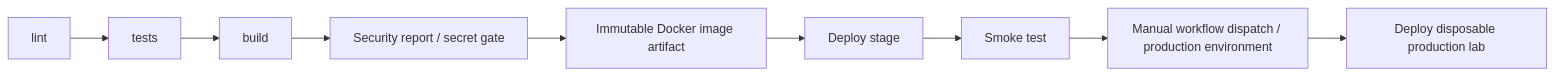
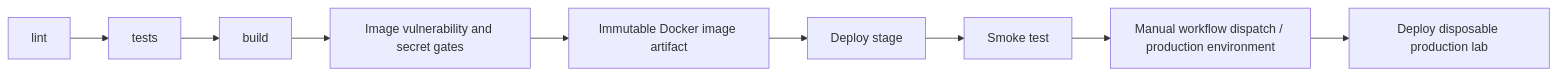
The second of 2 diagrams in README.md (Chuchaproj/devops-iac-cicd), drawn with Mermaid before and after one commit. The commit also changed 1 other file, not shown here.

Commit message:
docs: align pipeline diagram and preserve stale image findings

````diff
--- a/README.md
+++ b/README.md
@@ -18,9 +18,9 @@
 ```mermaid
 flowchart LR
-  lint --> tests --> build --> scan[Security report / secret gate]
+  lint --> tests --> build --> scan[Image vulnerability and secret gates]
   scan --> image[Immutable Docker image artifact]
   image --> stage[Deploy stage]
   stage --> smoke[Smoke test]
   smoke --> approval[Manual workflow dispatch / production environment]
   approval --> prod[Deploy disposable production lab]
 ```
````
